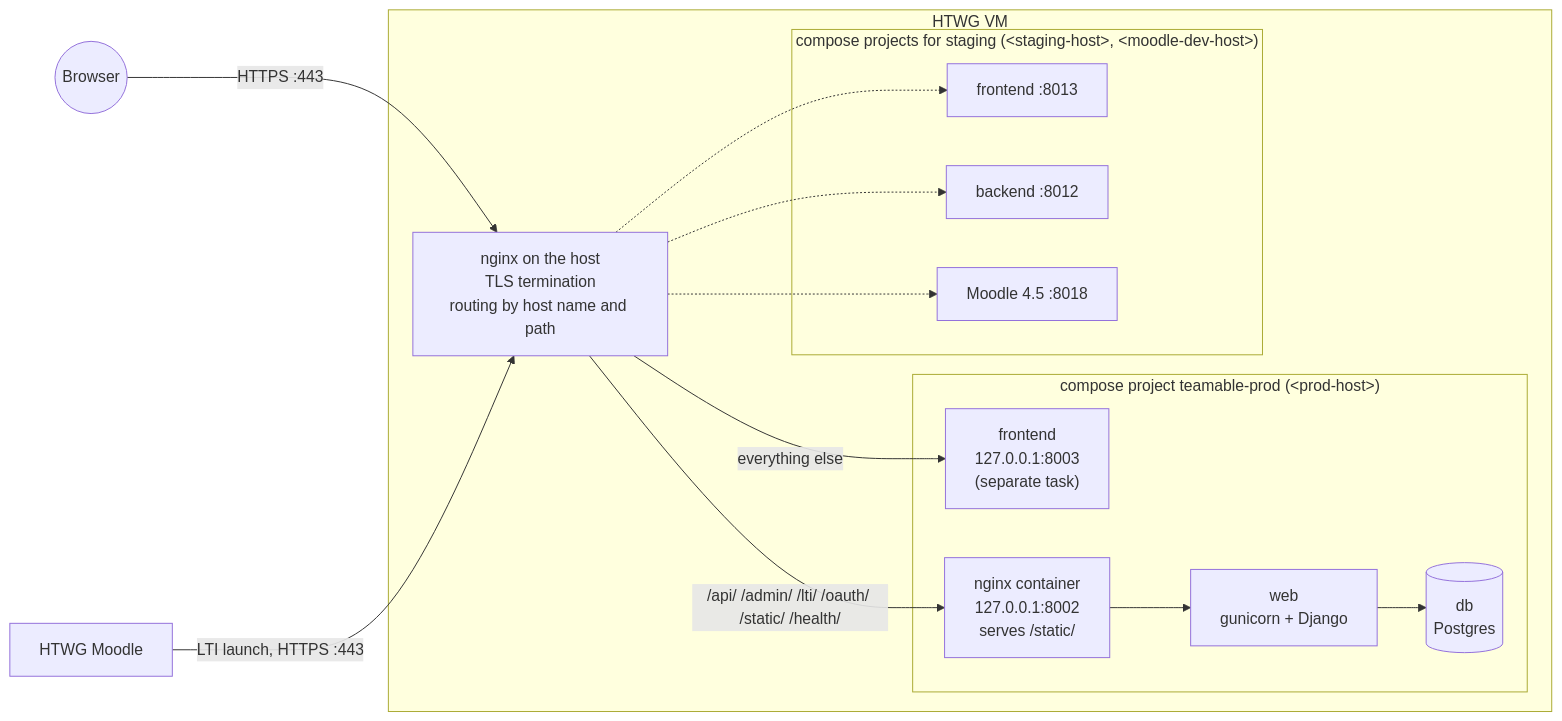
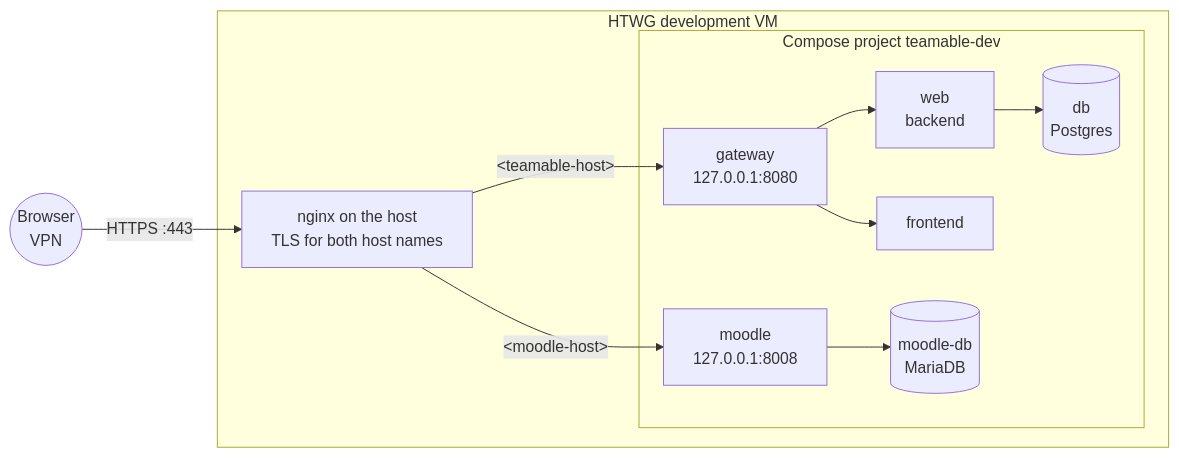
One commit to Teamprojekt-MSI-BIT-SS26/documentation changed the diagram in docs/umsetzung/Deployment/backend-htwg-vm.md. Above: the diagram before and after it, drawn with Mermaid. The commit also changed other lines of this file and 3 other files, not shown here.

First line of the commit message:
Rewrite deployment docs for the dev instance on the HTWG VM

````diff
--- a/docs/umsetzung/Deployment/backend-htwg-vm.md
+++ b/docs/umsetzung/Deployment/backend-htwg-vm.md
@@ -20,29 +37,23 @@
 ```mermaid
 flowchart LR
-    Browser((Browser)) -->|HTTPS :443| HN
-    Moodle["HTWG Moodle"] -->|LTI launch, HTTPS :443| HN
+    Browser((Browser<br/>VPN)) -->|HTTPS :443| HN
 
-    subgraph VM["HTWG VM"]
-        HN["nginx on the host<br/>TLS termination<br/>routing by host name and path"]
+    subgraph VM["HTWG development VM"]
+        HN["nginx on the host<br/>TLS for both host names"]
 
-        subgraph PROD["compose project teamable-prod (&lt;prod-host&gt;)"]
-            PFE["frontend<br/>127.0.0.1:8003<br/>(separate task)"]
-            PNG["nginx container<br/>127.0.0.1:8002<br/>serves /static/"]
-            PWEB["web<br/>gunicorn + Django"]
-            PDB[("db<br/>Postgres")]
-            PNG --> PWEB --> PDB
+        subgraph STACK["Compose project teamable-dev"]
+            GW["gateway<br/>127.0.0.1:8080"]
+            WEB["web<br/>backend"]
+            DB[("db<br/>Postgres")]
+            FE["frontend"]
+            MO["moodle<br/>127.0.0.1:8008"]
+            MDB[("moodle-db<br/>MariaDB")]
+            GW --> WEB --> DB
+            GW --> FE
+            MO --> MDB
         end
 
-        subgraph STG["compose projects for staging (&lt;staging-host&gt;, &lt;moodle-dev-host&gt;)"]
-            SFE["frontend :8013"]
-            SBE["backend :8012"]
-            SMO["Moodle 4.5 :8018"]
-        end
-
-        HN -->|"/api/ /admin/ /lti/ /oauth/ /static/ /health/"| PNG
-        HN -->|"everything else"| PFE
-        HN -.-> SFE
-        HN -.-> SBE
-        HN -.-> SMO
+        HN -->|"&lt;teamable-host&gt;"| GW
+        HN -->|"&lt;moodle-host&gt;"| MO
     end
 ```
````
